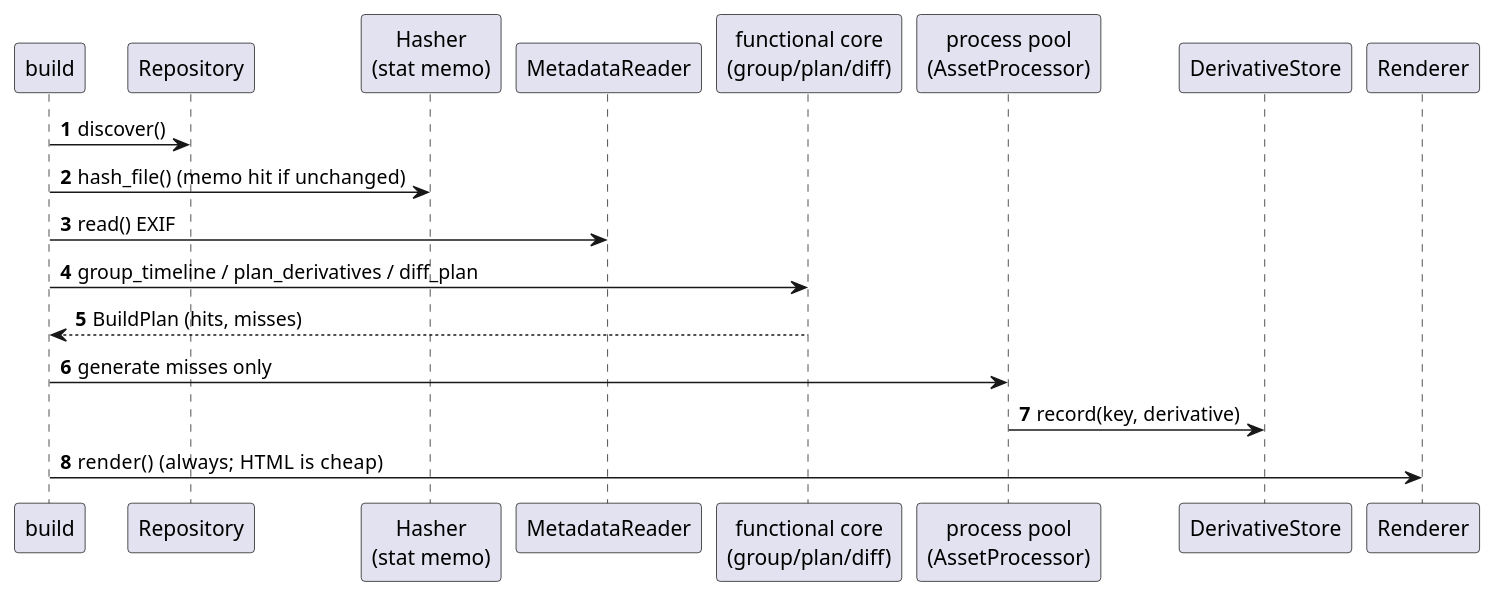
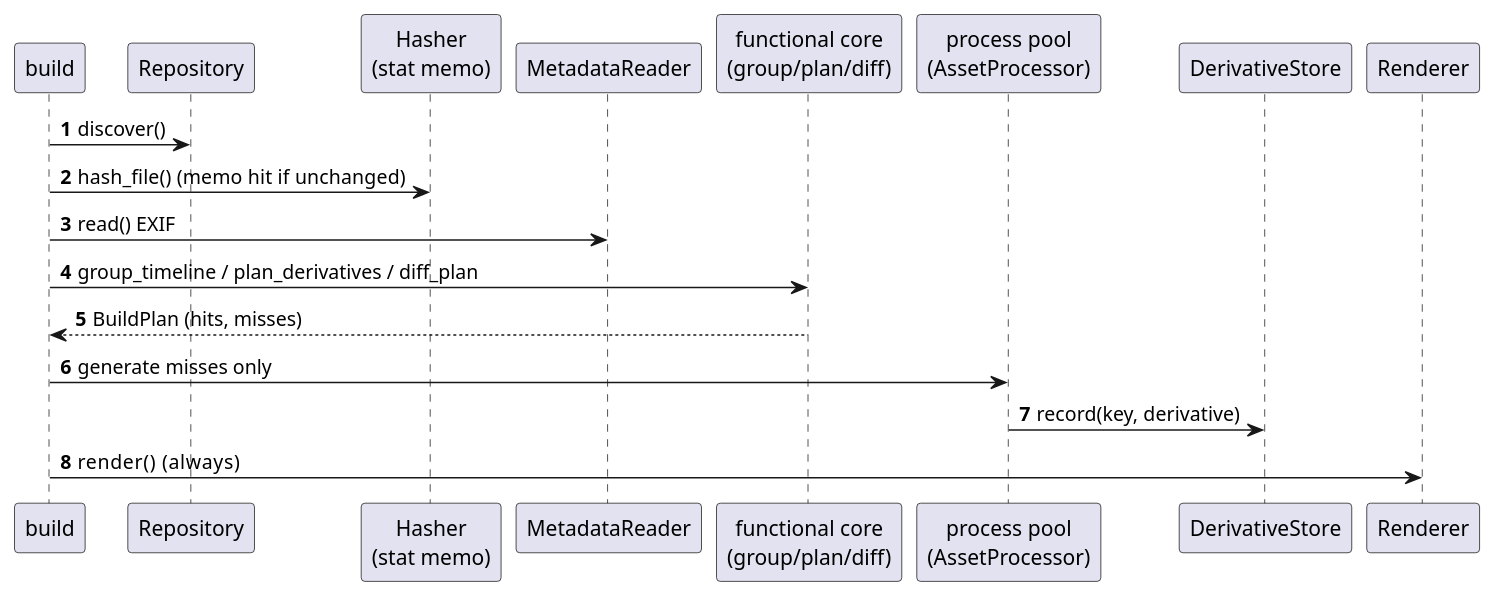
Before and after one commit to monkeypants/baffin-goggles: the third of 3 diagrams in docs/architecture.rst, drawn with PlantUML. The commit also changed other lines of this file and 29 other files, not shown here.

```diff
--- a/docs/architecture.rst
+++ b/docs/architecture.rst
@@ -77,25 +74,25 @@
 .. uml::
    :caption: build: plan in the core, generate misses in the shell.
 
    @startuml
    skinparam shadowing false
    autonumber
 
    participant "build" as CLI
    participant Repository
    participant "Hasher\n(stat memo)" as Hasher
    participant "MetadataReader" as Reader
    participant "functional core\n(group/plan/diff)" as Core
    participant "process pool\n(AssetProcessor)" as Pool
    participant DerivativeStore as Store
    participant Renderer
 
    CLI -> Repository: discover()
    CLI -> Hasher: hash_file()  (memo hit if unchanged)
    CLI -> Reader: read() EXIF
    CLI -> Core: group_timeline / plan_derivatives / diff_plan
    Core --> CLI: BuildPlan (hits, misses)
    CLI -> Pool: generate misses only
    Pool -> Store: record(key, derivative)
-   CLI -> Renderer: render()   (always; HTML is cheap)
+   CLI -> Renderer: render()   (always)
    @enduml
```
